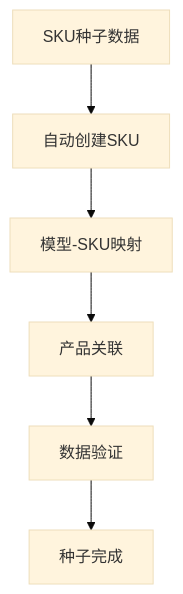
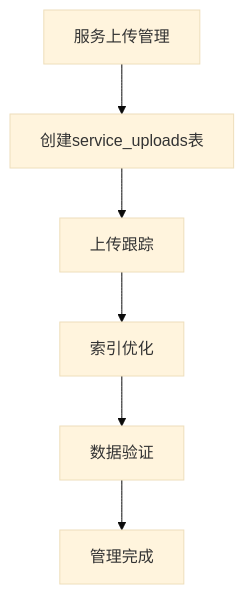
Diagram 21 of 31 in .qoder/repowiki/zh/content/数据迁移脚本.md (CubeEdge/Longhorn), drawn with Mermaid (base theme) before and after one commit. The commit also changed other lines of this file and 28 other files, not shown here.

````diff
--- a/.qoder/repowiki/zh/content/数据迁移脚本.md
+++ b/.qoder/repowiki/zh/content/数据迁移脚本.md
@@ -875,8 +1211,8 @@
 ```mermaid
 flowchart TD
-SKUSeed[SKU种子数据] --> AutoCreate[自动创建SKU]
-AutoCreate --> ModelSKUMap[模型-SKU映射]
-ModelSKUMap --> ProductLink[产品关联]
-ProductLink --> Validation[数据验证]
-Validation --> Complete[种子完成]
+ServiceUploads[服务上传管理] --> CreateTable[创建service_uploads表]
+CreateTable --> UploadTracking[上传跟踪]
+UploadTracking --> IndexOptimization[索引优化]
+IndexOptimization --> DataValidation[数据验证]
+DataValidation --> Complete[管理完成]
 ```
````
